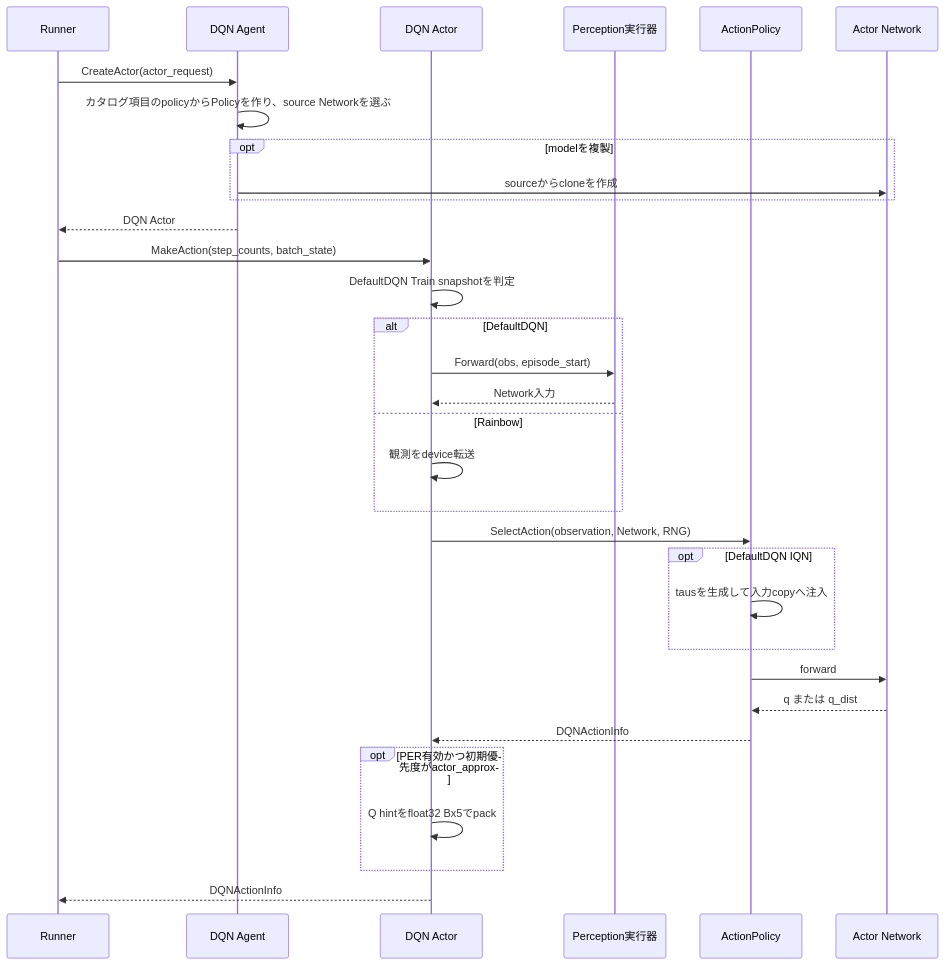
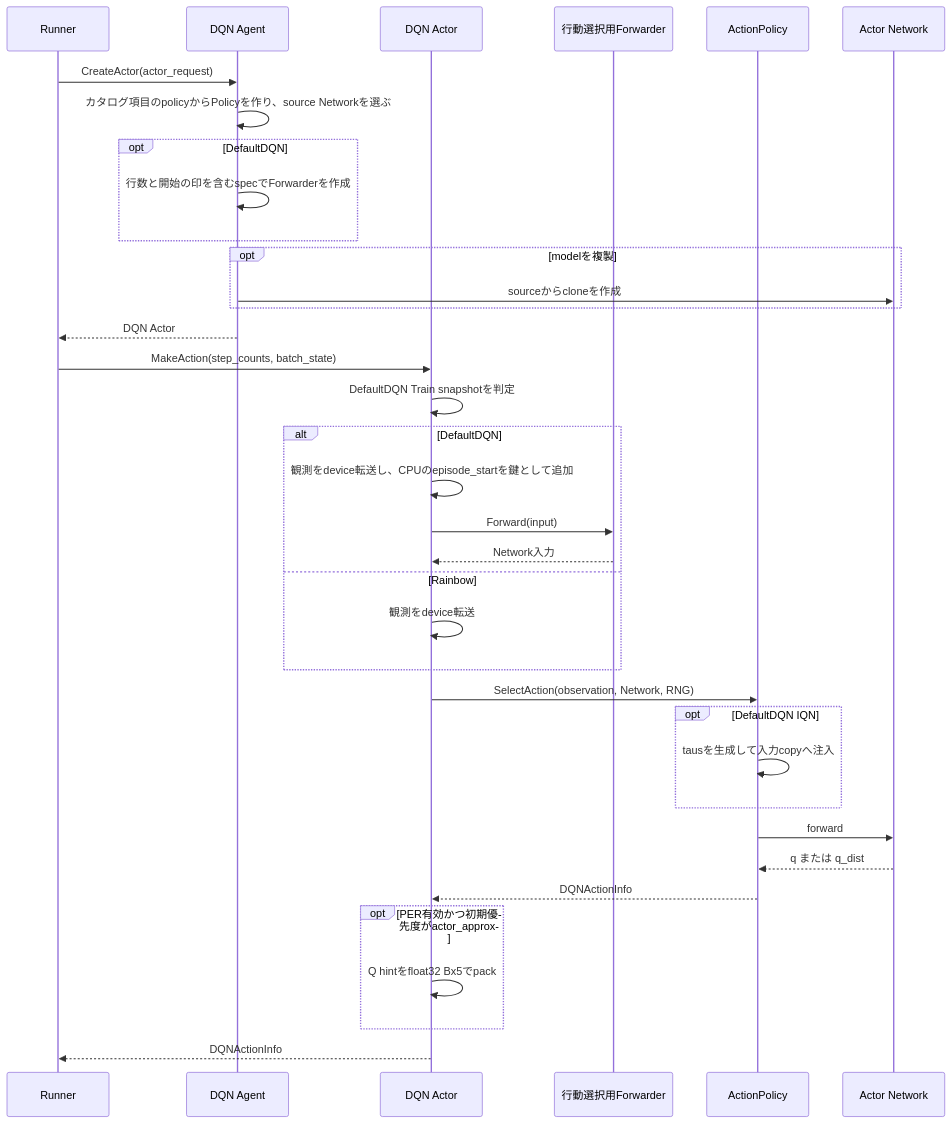
One commit to kazukin123/anet-lab changed the ninth of 11 diagrams in docs/design/200_dqn_agents.jp.md. Above: the diagram before and after it, drawn with Mermaid. The commit also changed other lines of this file and 67 other files, not shown here.

````diff
--- a/docs/design/200_dqn_agents.jp.md
+++ b/docs/design/200_dqn_agents.jp.md
@@ -381,35 +381,39 @@
 ```mermaid
 sequenceDiagram
     participant R as Runner
     participant G as DQN Agent
     participant A as DQN Actor
-    participant S as Perception実行器
+    participant S as 行動選択用Forwarder
     participant P as ActionPolicy
     participant N as Actor Network
 
     R->>G: CreateActor(actor_request)
     G->>G: カタログ項目のpolicyからPolicyを作り、source Networkを選ぶ
+    opt DefaultDQN
+        G->>G: 行数と開始の印を含むspecでForwarderを作成
+    end
     opt modelを複製
         G->>N: sourceからcloneを作成
     end
     G-->>R: DQN Actor
     R->>A: MakeAction(step_counts, batch_state)
     A->>A: DefaultDQN Train snapshotを判定
     alt DefaultDQN
-        A->>S: Forward(obs, episode_start)
+        A->>A: 観測をdevice転送し、CPUのepisode_startを鍵として追加
+        A->>S: Forward(input)
         S-->>A: Network入力
     else Rainbow
         A->>A: 観測をdevice転送
     end
     A->>P: SelectAction(observation, Network, RNG)
     opt DefaultDQN IQN
         P->>P: tausを生成して入力copyへ注入
     end
     P->>N: forward
     N-->>P: q または q_dist
     P-->>A: DQNActionInfo
     opt PER有効かつ初期優先度がactor_approx
         A->>A: Q hintをfloat32 Bx5でpack
     end
     A-->>R: DQNActionInfo
 ```
````
